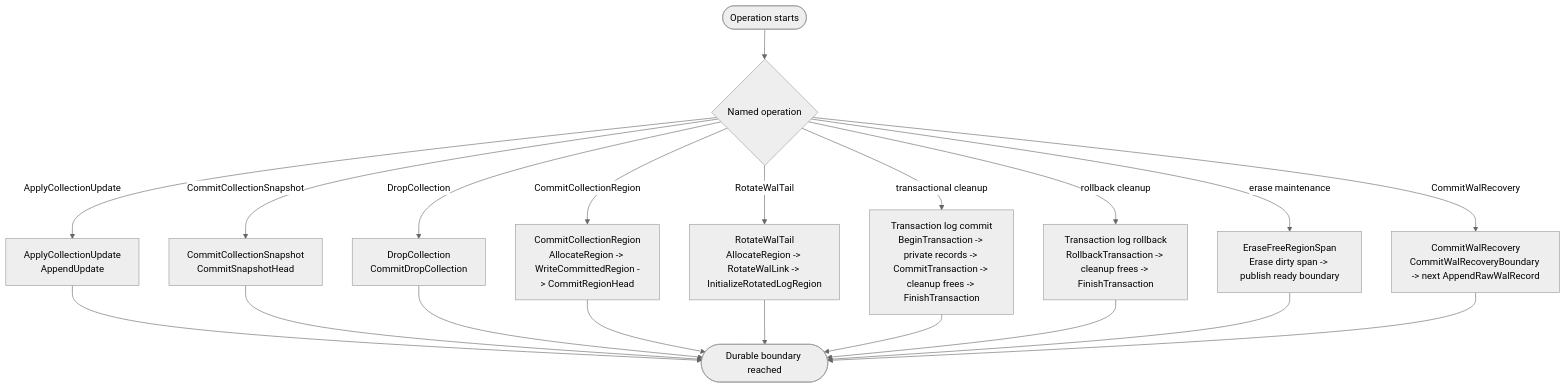
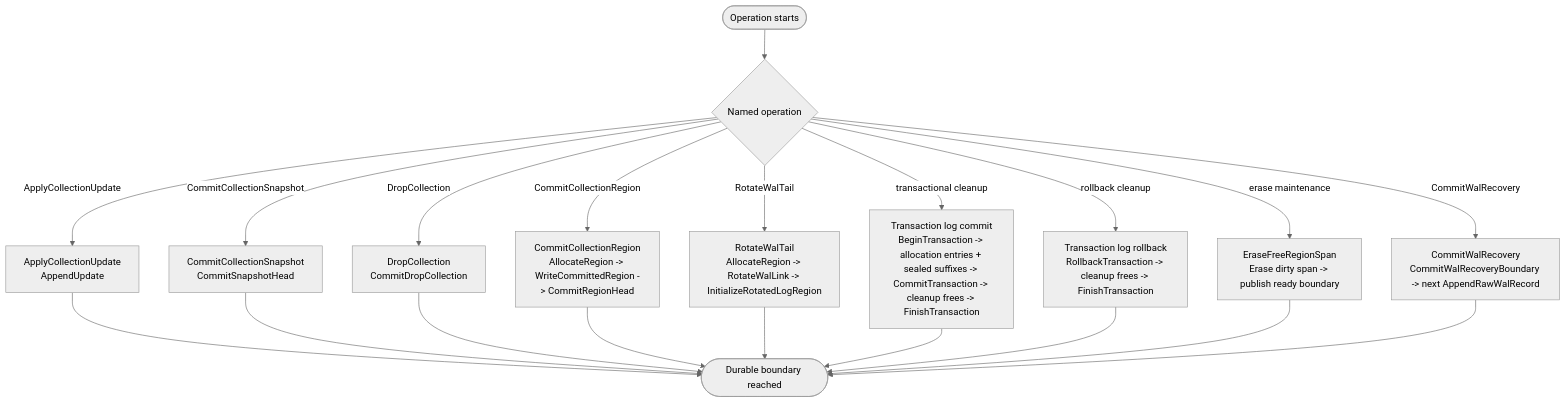
Before and after one commit to moore/borromean: the first of 3 diagrams in spec/ring/08-durability-formatting.md, drawn with Mermaid (neutral theme). The commit also changed other lines of this file and 7 other files, not shown here.

````diff
--- a/spec/ring/08-durability-formatting.md
+++ b/spec/ring/08-durability-formatting.md
@@ -117,36 +119,36 @@
 ```mermaid
 %%{init: {"flowchart": {"wrappingWidth": 180}} }%%
 flowchart TD
     Request([Operation starts])
     Kind{"`Named operation`"}
     Update["`ApplyCollectionUpdate
 AppendUpdate`"]
     Snapshot["`CommitCollectionSnapshot
 CommitSnapshotHead`"]
     Drop["`DropCollection
 CommitDropCollection`"]
     RegionCommit["`CommitCollectionRegion
 AllocateRegion -> WriteCommittedRegion -> CommitRegionHead`"]
     Rotation["`RotateWalTail
 AllocateRegion -> RotateWalLink -> InitializeRotatedLogRegion`"]
     Reclaim["`Transaction log commit
-BeginTransaction -> private records -> CommitTransaction -> cleanup frees -> FinishTransaction`"]
+BeginTransaction -> allocation entries + sealed suffixes -> CommitTransaction -> cleanup frees -> FinishTransaction`"]
     Rollback["`Transaction log rollback
 RollbackTransaction -> cleanup frees -> FinishTransaction`"]
     Erase["`EraseFreeRegionSpan
 Erase dirty span -> publish ready boundary`"]
     Recovery["`CommitWalRecovery
 CommitWalRecoveryBoundary -> next AppendRawWalRecord`"]
     Durable([Durable boundary reached])
 
     Request --> Kind
     Kind -->|ApplyCollectionUpdate| Update --> Durable
     Kind -->|CommitCollectionSnapshot| Snapshot --> Durable
     Kind -->|DropCollection| Drop --> Durable
     Kind -->|CommitCollectionRegion| RegionCommit --> Durable
     Kind -->|RotateWalTail| Rotation --> Durable
     Kind -->|transactional cleanup| Reclaim --> Durable
     Kind -->|rollback cleanup| Rollback --> Durable
     Kind -->|erase maintenance| Erase --> Durable
     Kind -->|CommitWalRecovery| Recovery --> Durable
 ```
````
